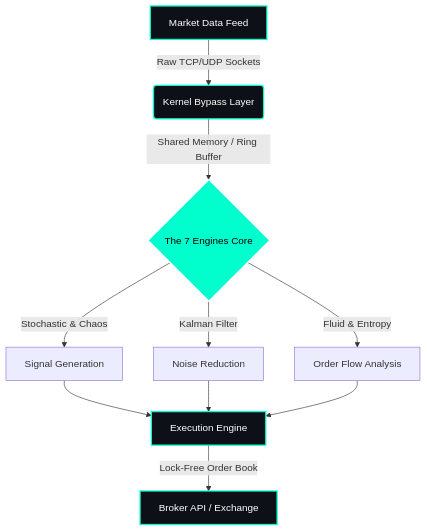
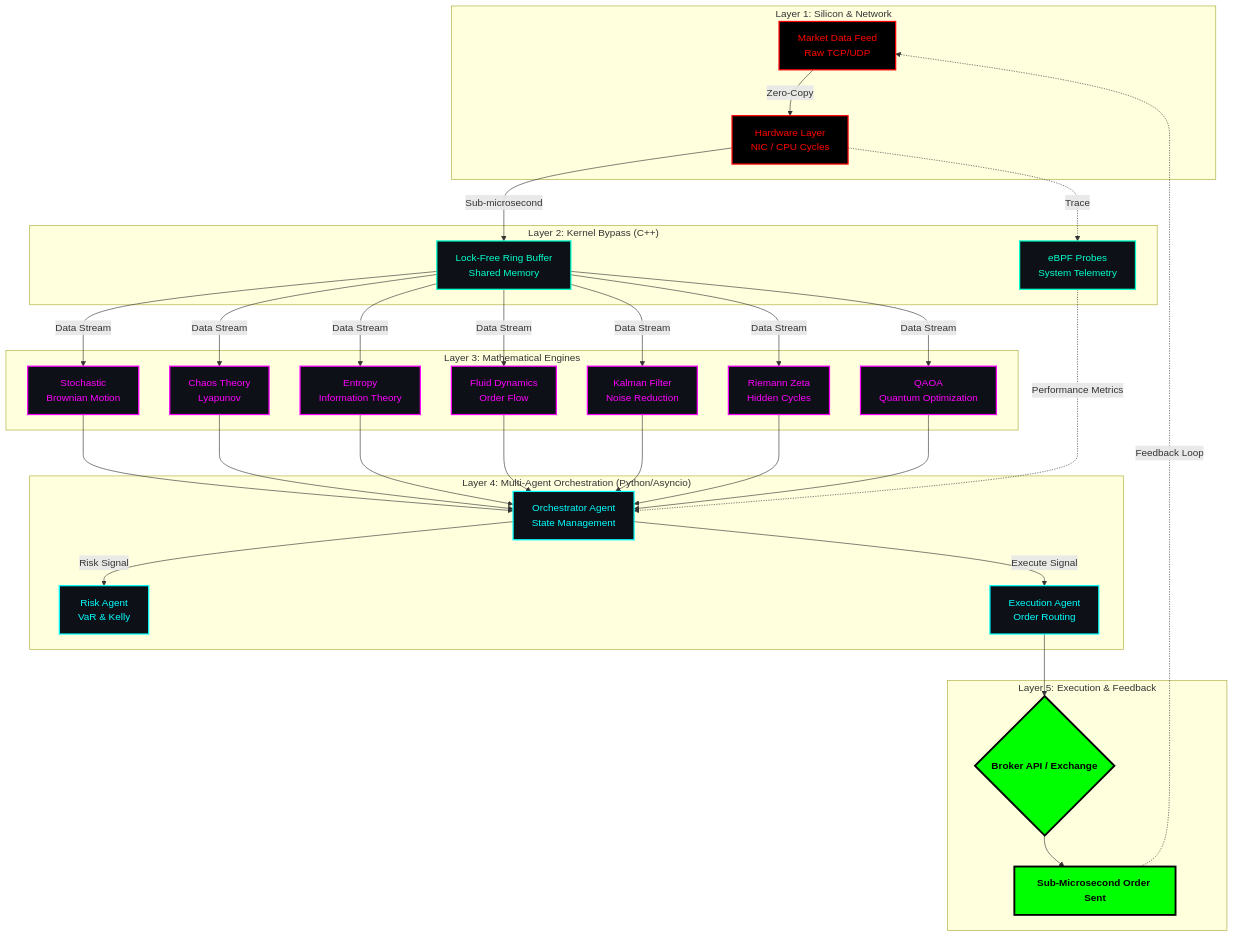
One commit to ahmedpdf445-stack/ahmedpdf445-stack changed the diagram in README.md. Above: the diagram before and after it, drawn with Mermaid.

````diff
--- a/README.md
+++ b/README.md
@@ -75,21 +30,72 @@
 ```mermaid
 graph TD
-    A[Market Data Feed] -->|Raw TCP/UDP Sockets| B(Kernel Bypass Layer)
-    B -->|Shared Memory / Ring Buffer| C{The 7 Engines Core}
-    
-    C -->|Stochastic & Chaos| D[Signal Generation]
-    C -->|Kalman Filter| E[Noise Reduction]
-    C -->|Fluid & Entropy| F[Order Flow Analysis]
-    
-    D --> G[Execution Engine]
-    E --> G
-    F --> G
-    
-    G -->|Lock-Free Order Book| H[Broker API / Exchange]
-    
-    style A fill:#0d1117,stroke:#00ffcc,stroke-width:2px,color:#fff
-    style B fill:#0d1117,stroke:#00ffcc,stroke-width:2px,color:#fff
-    style C fill:#00ffcc,stroke:#fff,stroke-width:2px,color:#000
-    style G fill:#0d1117,stroke:#00ffcc,stroke-width:2px,color:#fff
-    style H fill:#0d1117,stroke:#00ffcc,stroke-width:2px,color:#fff
+    %% Define Styles
+    classDef hardware fill:#000000,stroke:#ff0000,stroke-width:2px,color:#ff0000;
+    classDef kernel fill:#0d1117,stroke:#00ffcc,stroke-width:2px,color:#00ffcc;
+    classDef engines fill:#0d1117,stroke:#ff00ff,stroke-width:2px,color:#ff00ff;
+    classDef agents fill:#0d1117,stroke:#00ffff,stroke-width:2px,color:#00ffff;
+    classDef execution fill:#00ff00,stroke:#000000,stroke-width:3px,color:#000000,font-weight:bold;
+
+    %% Layer 1: Hardware & Network (The Silicon)
+    subgraph "Layer 1: Silicon & Network"
+        A[Market Data Feed<br/>Raw TCP/UDP]:::hardware
+        B[Hardware Layer<br/>NIC / CPU Cycles]:::hardware
+        A -->|Zero-Copy| B
+    end
+
+    %% Layer 2: Kernel & IPC (The Muscle)
+    subgraph "Layer 2: Kernel Bypass (C++)"
+        C[Lock-Free Ring Buffer<br/>Shared Memory]:::kernel
+        D[eBPF Probes<br/>System Telemetry]:::kernel
+        B -->|Sub-microsecond| C
+        B -.->|Trace| D
+    end
+
+    %% Layer 3: The 7 Engines (The Math)
+    subgraph "Layer 3: Mathematical Engines"
+        E1[Stochastic<br/>Brownian Motion]:::engines
+        E2[Chaos Theory<br/>Lyapunov]:::engines
+        E3[Entropy<br/>Information Theory]:::engines
+        E4[Fluid Dynamics<br/>Order Flow]:::engines
+        E5[Kalman Filter<br/>Noise Reduction]:::engines
+        E6[Riemann Zeta<br/>Hidden Cycles]:::engines
+        E7[QAOA<br/>Quantum Optimization]:::engines
+        C -->|Data Stream| E1
+        C -->|Data Stream| E2
+        C -->|Data Stream| E3
+        C -->|Data Stream| E4
+        C -->|Data Stream| E5
+        C -->|Data Stream| E6
+        C -->|Data Stream| E7
+    end
+
+    %% Layer 4: Multi-Agent Orchestration (The Brain)
+    subgraph "Layer 4: Multi-Agent Orchestration (Python/Asyncio)"
+        F[Orchestrator Agent<br/>State Management]:::agents
+        G[Risk Agent<br/>VaR & Kelly]:::agents
+        H[Execution Agent<br/>Order Routing]:::agents
+        
+        E1 --> F
+        E2 --> F
+        E3 --> F
+        E4 --> F
+        E5 --> F
+        E6 --> F
+        E7 --> F
+        
+        F -->|Risk Signal| G
+        F -->|Execute Signal| H
+    end
+
+    %% Layer 5: The Final Execution (The Sword)
+    subgraph "Layer 5: Execution & Feedback"
+        I{Broker API / Exchange}:::execution
+        J[Sub-Microsecond Order Sent]:::execution
+        H --> I
+        I --> J
+        J -.->|Feedback Loop| A
+    end
+
+    %% Connections between Layers
+    D -.->|Performance Metrics| F
 ```
````
